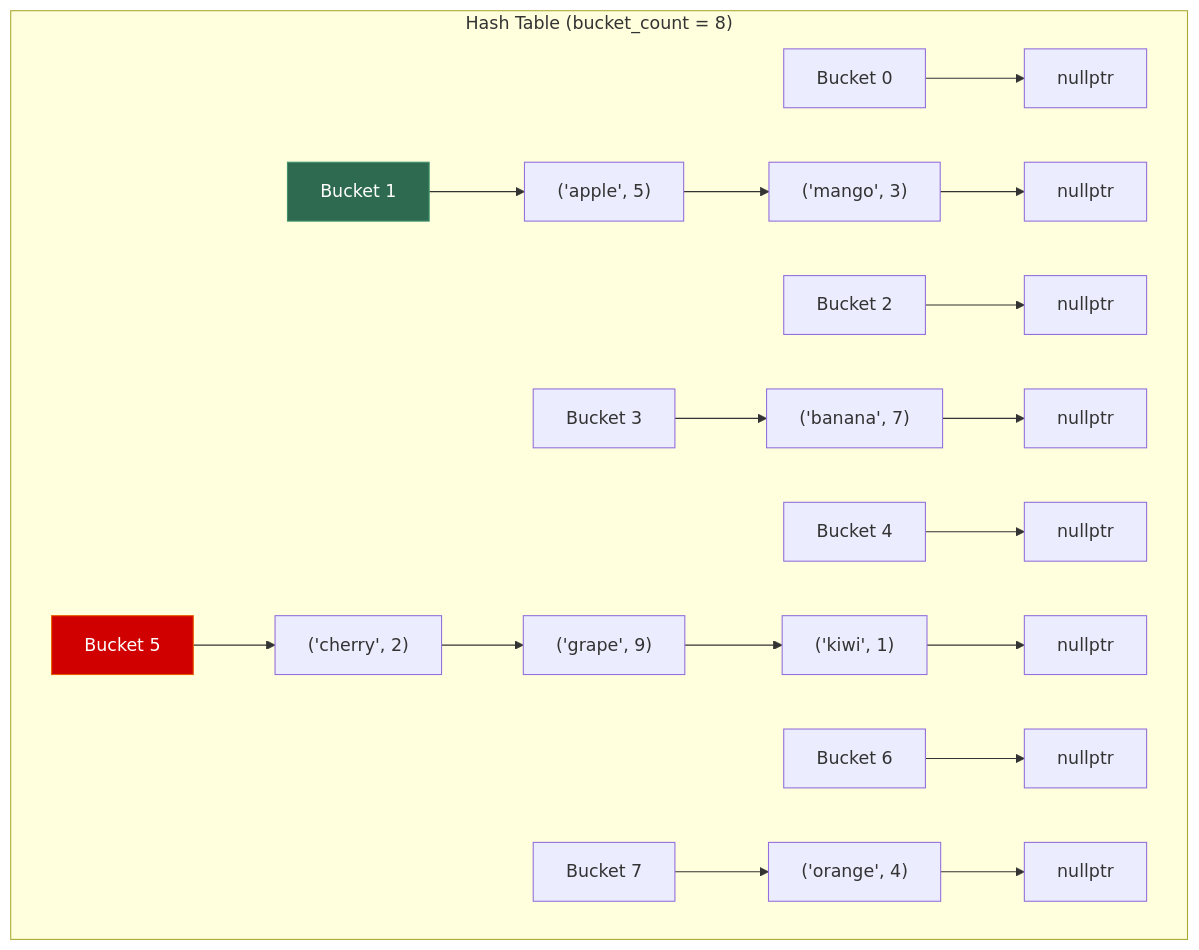
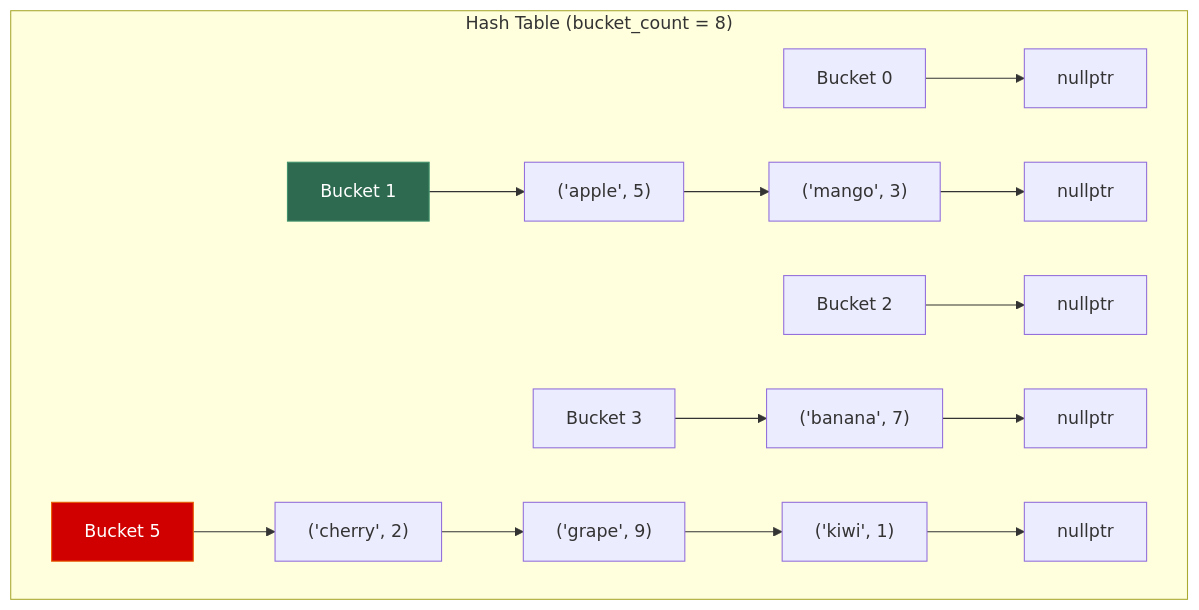
One commit to Lumivers/firefly changed the diagram in src/content/posts/data_structure/05_hash_table.md. Above: the diagram before and after it, drawn with Mermaid. The commit also changed other lines of this file and 39 other files, not shown here.

````diff
--- a/src/content/posts/data_structure/05_hash_table.md
+++ b/src/content/posts/data_structure/05_hash_table.md
@@ -84,16 +73,13 @@
 ```mermaid
 graph TD
     subgraph "Hash Table (bucket_count = 8)"
         B0["Bucket 0"] --> N0["nullptr"]
         B1["Bucket 1"] --> N1A["('apple', 5)"] --> N1B["('mango', 3)"] --> NULL1["nullptr"]
         B2["Bucket 2"] --> N2["nullptr"]
         B3["Bucket 3"] --> N3A["('banana', 7)"] --> NULL3["nullptr"]
-        B4["Bucket 4"] --> N4["nullptr"]
         B5["Bucket 5"] --> N5A["('cherry', 2)"] --> N5B["('grape', 9)"] --> N5C["('kiwi', 1)"] --> NULL5["nullptr"]
-        B6["Bucket 6"] --> N6["nullptr"]
-        B7["Bucket 7"] --> N7A["('orange', 4)"] --> NULL7["nullptr"]
     end
 
     style B1 fill:#2d6a4f,stroke:#40916c,color:white
     style B5 fill:#d00000,stroke:#e85d04,color:white
 ```
````
